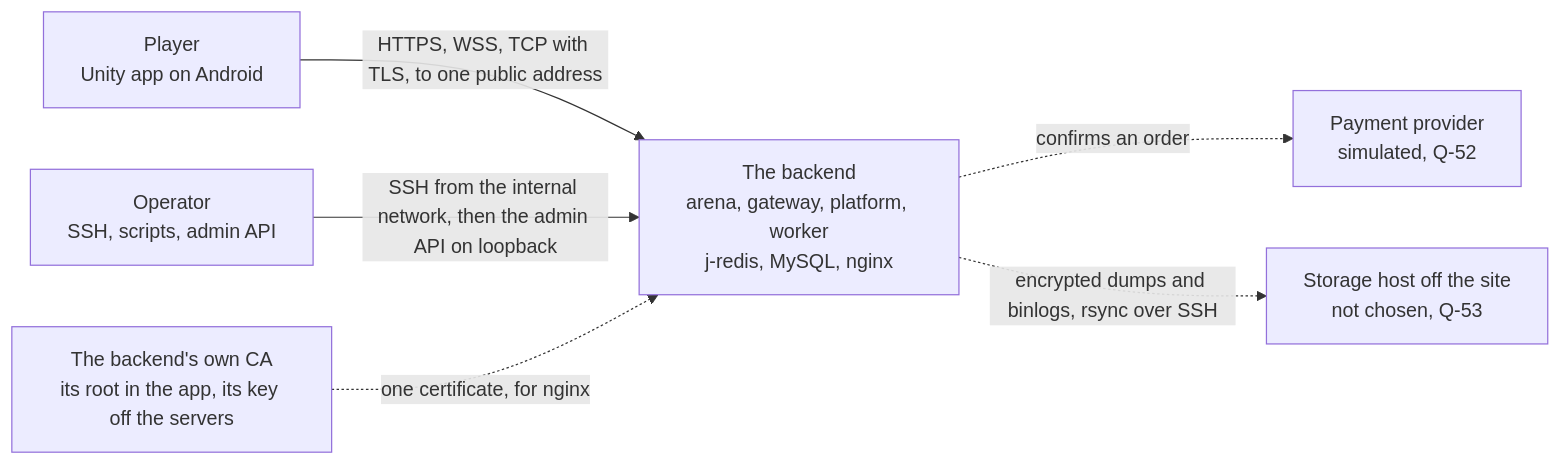
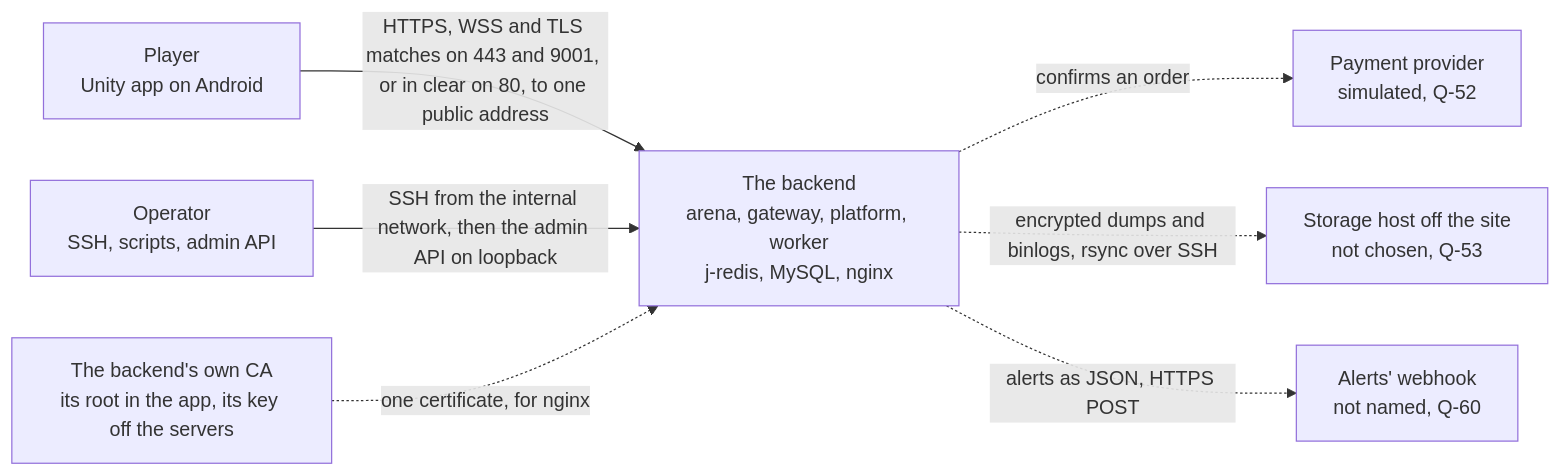
Before and after one commit to greensoft-atom/depio-simulation-platform: the first of 6 diagrams in docs/diagrams/01-system.md, drawn with Mermaid. The commit also changed other lines of this file and 121 other files, not shown here.

````diff
--- a/docs/diagrams/01-system.md
+++ b/docs/diagrams/01-system.md
@@ -21,14 +30,16 @@
 ```mermaid
 flowchart LR
     player["Player<br/>Unity app on Android"]
     operator["Operator<br/>SSH, scripts, admin API"]
     backend["The backend<br/>arena, gateway, platform, worker<br/>j-redis, MySQL, nginx"]
     provider["Payment provider<br/>simulated, Q-52"]
     offsite["Storage host off the site<br/>not chosen, Q-53"]
+    hook["Alerts' webhook<br/>not named, Q-60"]
     ca["The backend's own CA<br/>its root in the app, its key off the servers"]
-    player -->|"HTTPS, WSS, TCP with TLS, to one public address"| backend
+    player -->|"HTTPS, WSS and TLS matches on 443 and 9001, or in clear on 80, to one public address"| backend
     operator -->|"SSH from the internal network, then the admin API on loopback"| backend
     backend -.->|"confirms an order"| provider
     backend -.->|"encrypted dumps and binlogs, rsync over SSH"| offsite
+    backend -.->|"alerts as JSON, HTTPS POST"| hook
     ca -.->|"one certificate, for nginx"| backend
 ```
````
